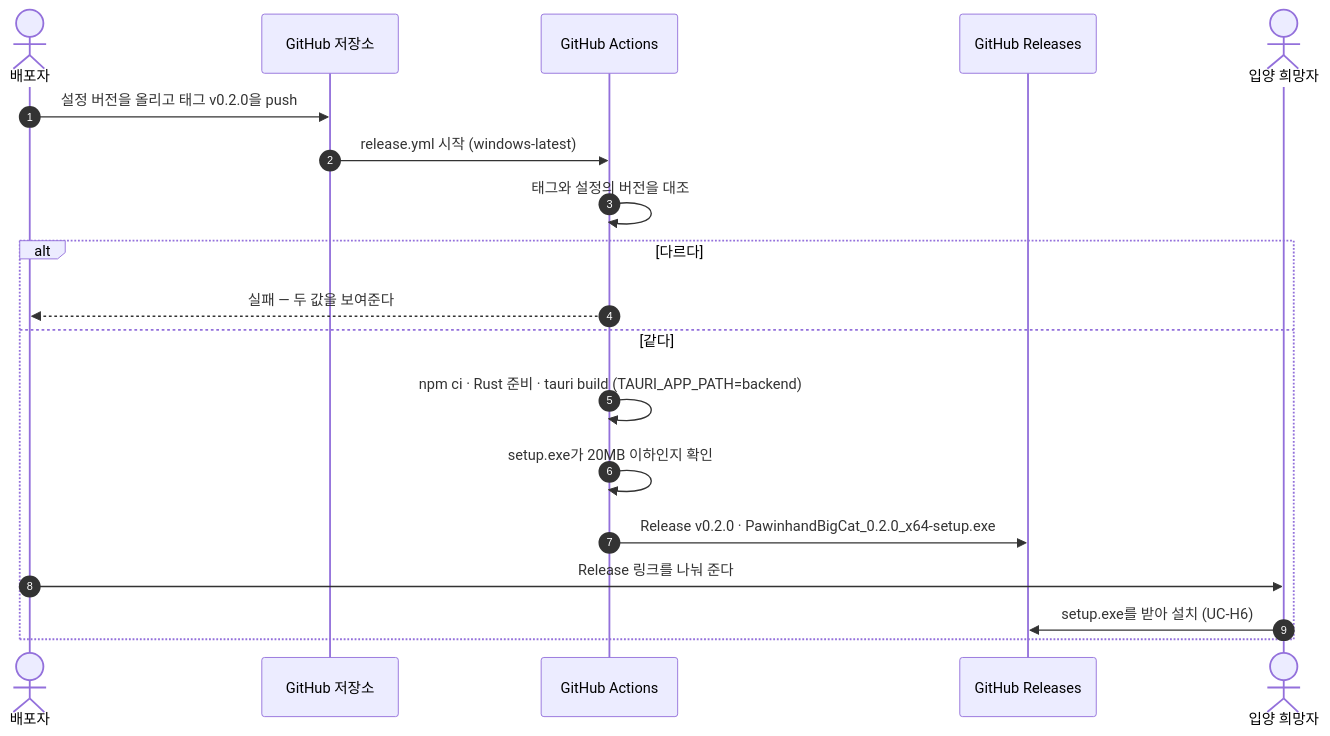
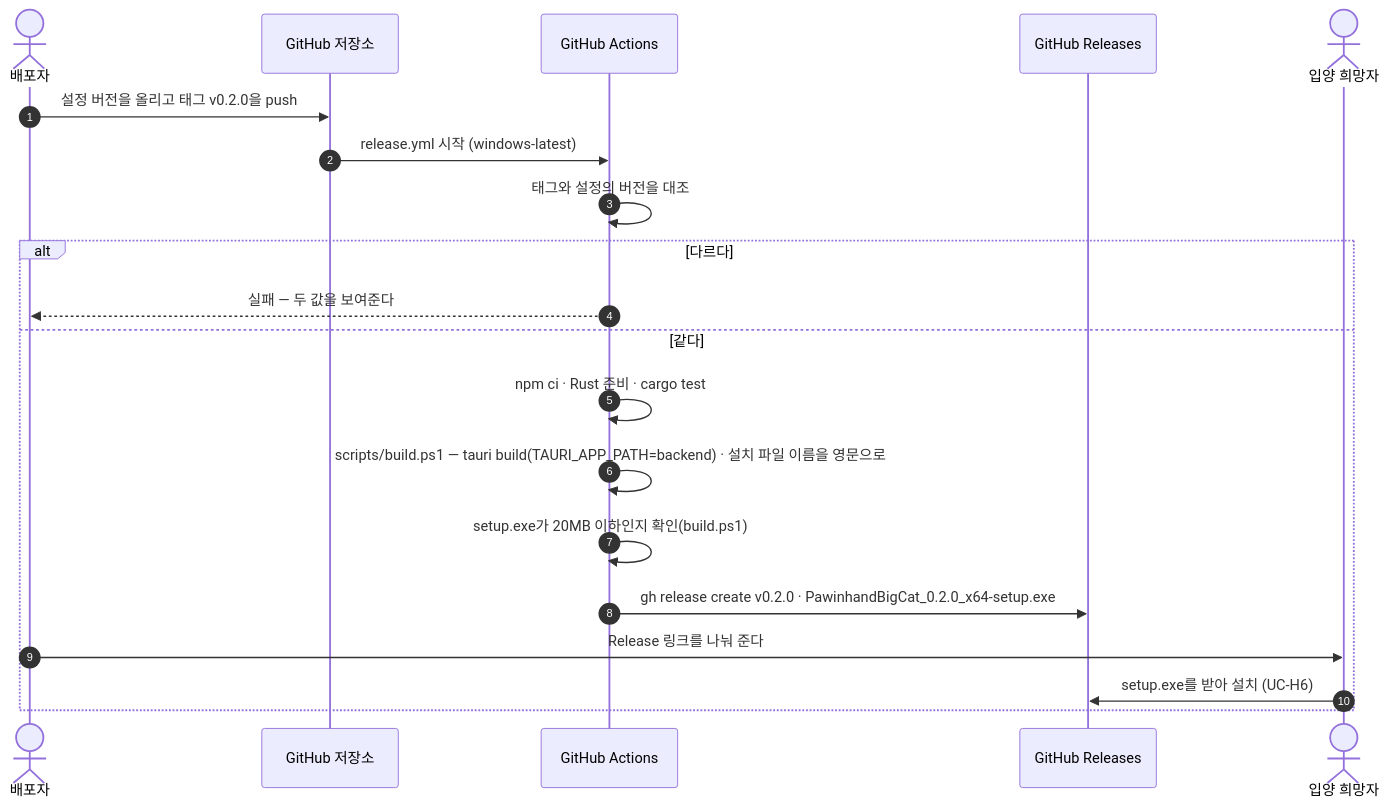
The fifth of 5 diagrams in docs/specs/09-SEQ/PAW-SEQ-001.md (HoyoungParkme/fourinhand-crawl), drawn with Mermaid before and after one commit. The commit also changed other lines of this file, not shown here.

Commit message:
구현에 맞춤: fetch_page가 Page(원래 건수 · 옮긴 Animal)를 돌려주고 record_page는 원래 건수로 센다, busy면 화면이 알리지 않고 1초 뒤 다시 부른다, 배포는 build.ps1(영문 이름·20MB 확인) 뒤 gh release

````diff
--- a/docs/specs/09-SEQ/PAW-SEQ-001.md
+++ b/docs/specs/09-SEQ/PAW-SEQ-001.md
@@ -221,21 +224,22 @@
 ```mermaid
 sequenceDiagram
     autonumber
     actor D as 배포자
     participant GIT as GitHub 저장소
     participant GA as GitHub Actions
     participant REL as GitHub Releases
     actor U as 입양 희망자
     D->>GIT: 설정 버전을 올리고 태그 v0.2.0을 push
     GIT->>GA: release.yml 시작 (windows-latest)
     GA->>GA: 태그와 설정의 버전을 대조
     alt 다르다
         GA-->>D: 실패 — 두 값을 보여준다
     else 같다
-        GA->>GA: npm ci · Rust 준비 · tauri build (TAURI_APP_PATH=backend)
-        GA->>GA: setup.exe가 20MB 이하인지 확인
-        GA->>REL: Release v0.2.0 · PawinhandBigCat_0.2.0_x64-setup.exe
+        GA->>GA: npm ci · Rust 준비 · cargo test
+        GA->>GA: scripts/build.ps1 — tauri build(TAURI_APP_PATH=backend) · 설치 파일 이름을 영문으로
+        GA->>GA: setup.exe가 20MB 이하인지 확인(build.ps1)
+        GA->>REL: gh release create v0.2.0 · PawinhandBigCat_0.2.0_x64-setup.exe
         D->>U: Release 링크를 나눠 준다
         U->>REL: setup.exe를 받아 설치 (UC-H6)
     end
 ```
````
